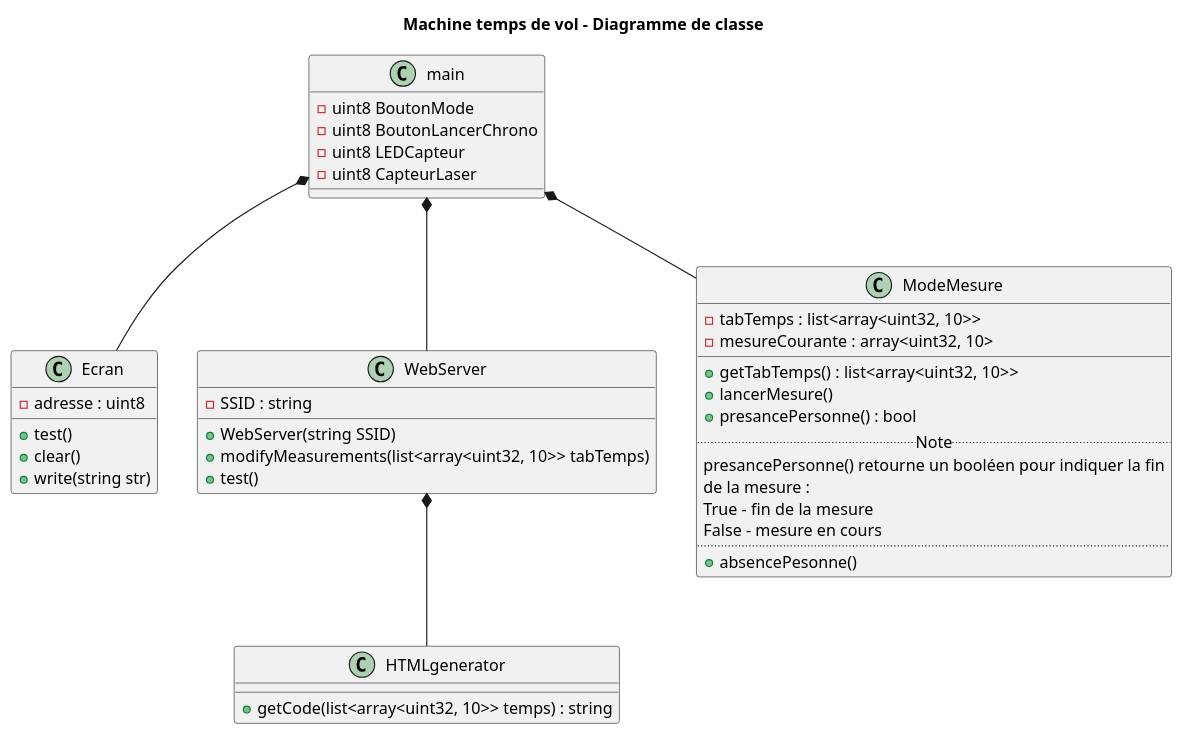
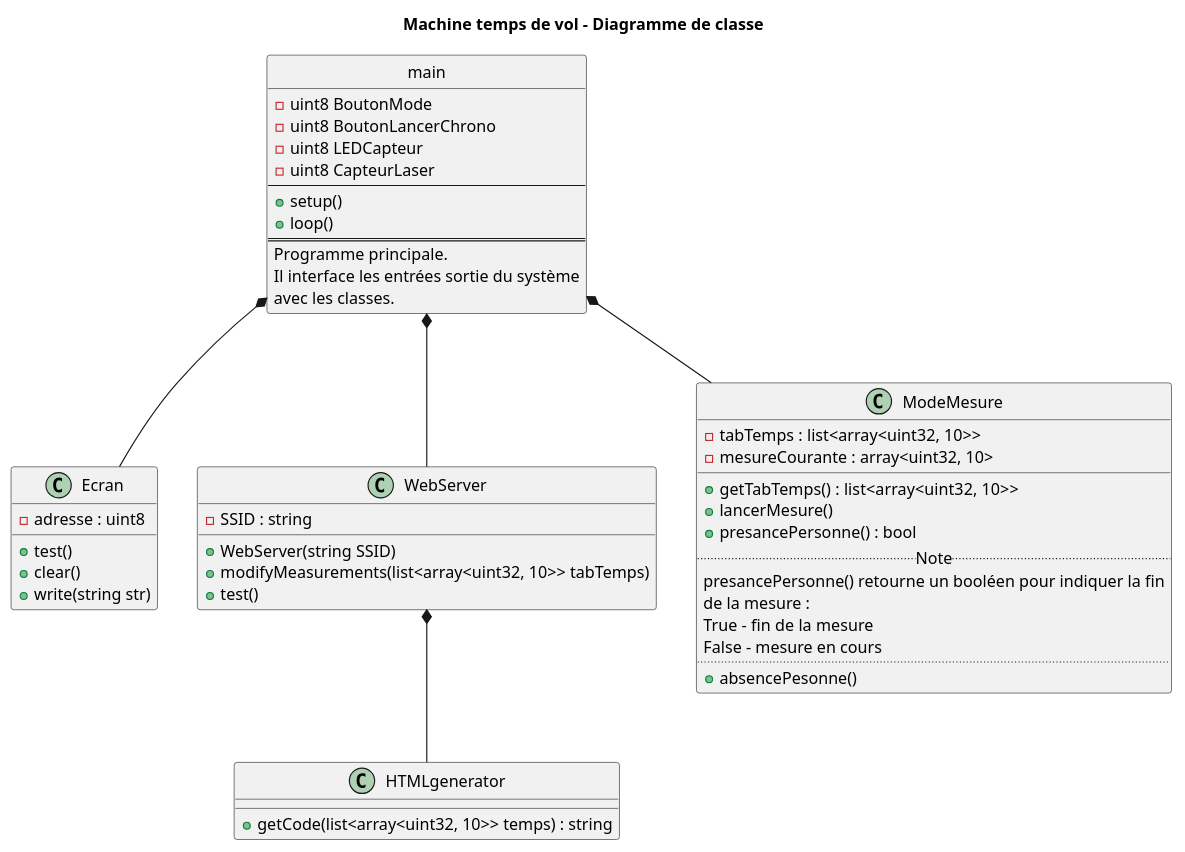
The diagram in data/ClassDiagram.puml (alexdesaint/TER), drawn with PlantUML before and after one commit. The commit also changed 2 other files, not shown here.

Commit message:
update class diagramme

```diff
--- a/data/ClassDiagram.puml
+++ b/data/ClassDiagram.puml
@@ -1,52 +1,61 @@
 @startuml
 
 title Machine temps de vol - Diagramme de classe
 
 class Ecran { 
     -adresse : uint8
     +test()
     +clear()
     +write(string str)
 } 
 
 class HTMLgenerator { 
     +getCode(list<array<uint32, 10>> temps) : string 
 }
 
 class WebServer {
     -SSID : string
     +WebServer(string SSID)
     +modifyMeasurements(list<array<uint32, 10>> tabTemps)
     +test()
 } 
 
 class ModeMesure{ 
     -tabTemps : list<array<uint32, 10>>
     -mesureCourante : array<uint32, 10>
     __
     +getTabTemps() : list<array<uint32, 10>>
     +lancerMesure()
     +presancePersonne() : bool
     .. Note ..
     presancePersonne() retourne un booléen pour indiquer la fin
     de la mesure :
     True - fin de la mesure
     False - mesure en cours
     ..
     +absencePesonne()
 }
 
 class main {
     -uint8 BoutonMode
     -uint8 BoutonLancerChrono
     -uint8 LEDCapteur
     -uint8 CapteurLaser
+    --
+    +setup()
+    +loop()
+    ==
+    Programme principale.
+    Il interface les entrées sortie du système
+    avec les classes.
 }
 
 WebServer*--HTMLgenerator
 
 main*--Ecran
 main*--WebServer
 main*--ModeMesure
 
+hide main circle
+
 @enduml
```
